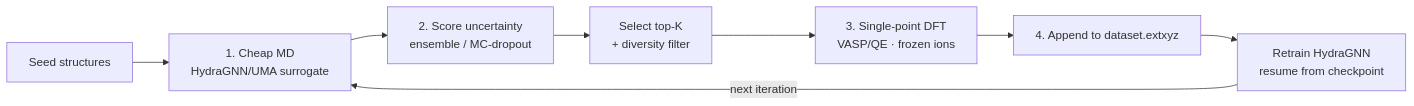
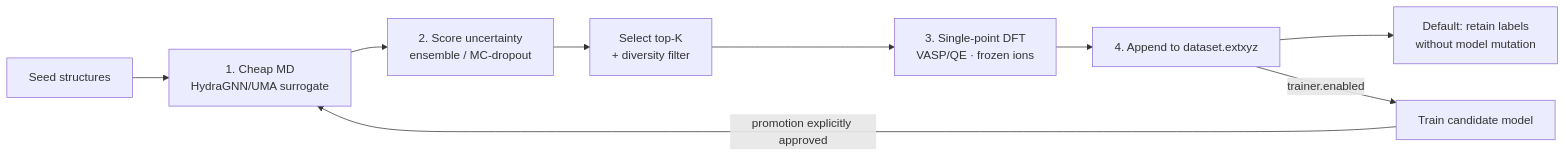
One commit to ORNL/matsim-agents changed the first of 2 diagrams in examples/active_learning/README.md. Above: the diagram before and after it, drawn with Mermaid. The commit also changed other lines of this file and 234 other files, not shown here.

````diff
--- a/examples/active_learning/README.md
+++ b/examples/active_learning/README.md
@@ -54,10 +57,11 @@
 ```mermaid
 flowchart LR
   S[Seed structures] --> MD[1. Cheap MD<br/>HydraGNN/UMA surrogate]
   MD --> UQ[2. Score uncertainty<br/>ensemble / MC-dropout]
   UQ --> SEL[Select top-K<br/>+ diversity filter]
   SEL --> DFT[3. Single-point DFT<br/>VASP/QE · frozen ions]
   DFT --> DS[4. Append to dataset.extxyz]
-  DS --> RT[Retrain HydraGNN<br/>resume from checkpoint]
-  RT -->|next iteration| MD
+  DS --> STOP[Default: retain labels<br/>without model mutation]
+  DS -->|trainer.enabled| RT[Train candidate model]
+  RT -->|promotion explicitly approved| MD
 ```
````
